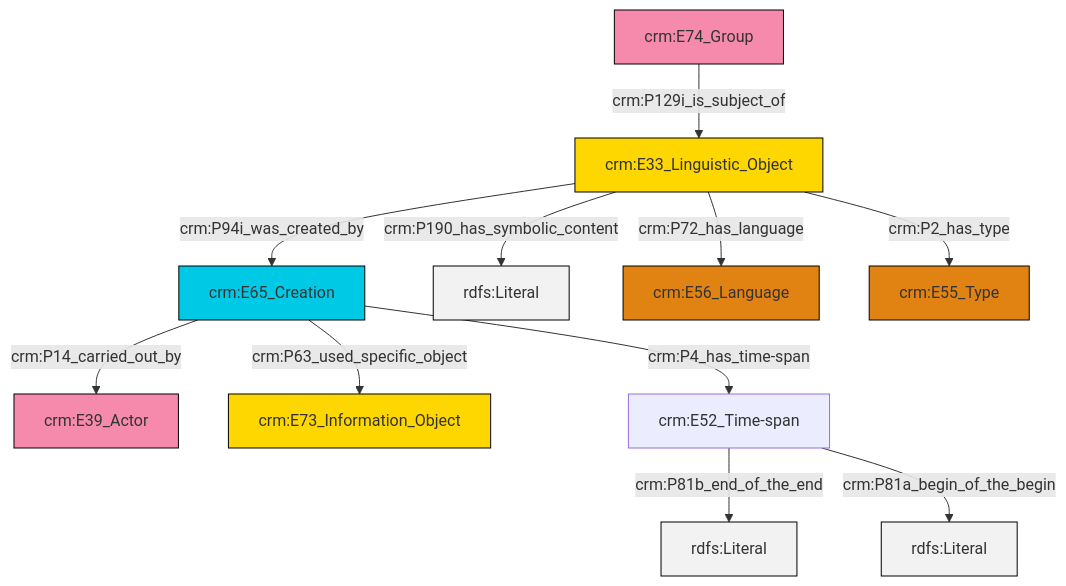
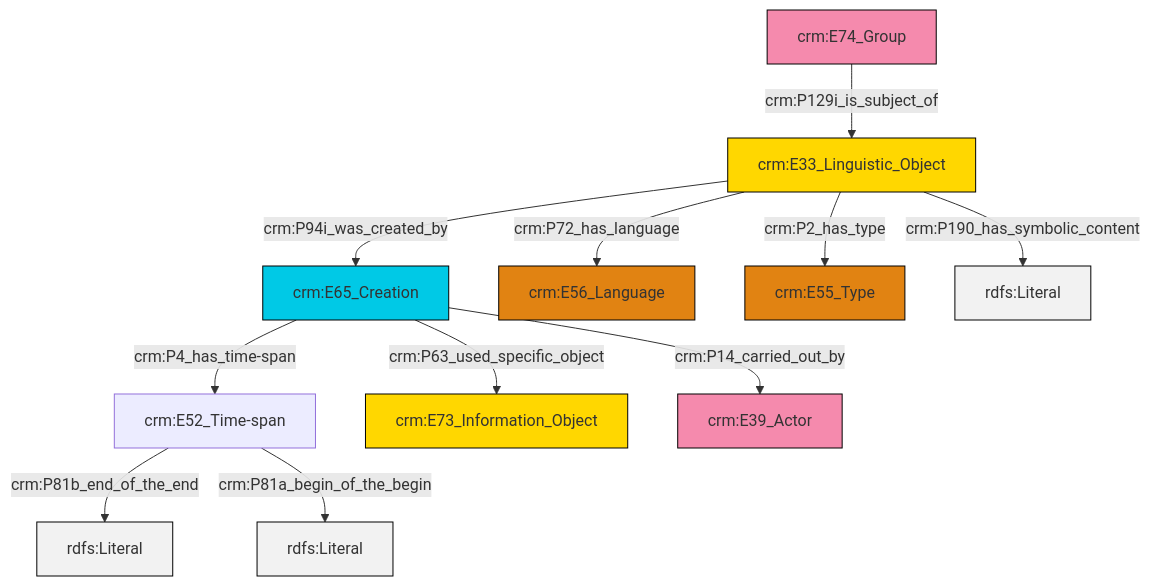
One commit to swiss-art-research-net/docs.swissartresearch changed the diagram in et/groupCSV/ttl/mmd/group_description.ttl.mmd. Above: the diagram before and after it, drawn with Mermaid. The commit also changed 172 other files, not shown here.

```diff
--- a/et/groupCSV/ttl/mmd/group_description.ttl.mmd
+++ b/et/groupCSV/ttl/mmd/group_description.ttl.mmd
@@ -1,25 +1,25 @@
 graph TD
 classDef Literal fill:#f2f2f2,stroke:#000000;
 classDef CRM_Entity fill:#FFFFFF,stroke:#000000;
 classDef Temporal_Entity fill:#00C9E6, stroke:#000000;
 classDef Type fill:#E18312, stroke:#000000;
 classDef Time-Span fill:#2C9C91, stroke:#000000;
 classDef Appellation fill:#FFEB7F, stroke:#000000;
 classDef Place fill:#008836, stroke:#000000;
 classDef Persistent_Item fill:#B266B2, stroke:#000000;
 classDef Conceptual_Object fill:#FFD700, stroke:#000000;
 classDef Physical_Thing fill:#D2B48C, stroke:#000000;
 classDef Actor fill:#f58aad, stroke:#000000;
 classDef PC_Classes fill:#4ce600, stroke:#000000;
 classDef Multi fill:#cccccc,stroke:#000000;
 
-2["crm:E65_Creation"]:::Temporal_Entity -->|crm:P14_carried_out_by| 0["crm:E39_Actor"]:::Actor
-3["crm:E33_Linguistic_Object"]:::Conceptual_Object -->|crm:P190_has_symbolic_content| 4[rdfs:Literal]:::Literal
-7["crm:E52_Time-span"]:::Default -->|crm:P81b_end_of_the_end| 8[rdfs:Literal]:::Literal
-2["crm:E65_Creation"]:::Temporal_Entity -->|crm:P63_used_specific_object| 5["crm:E73_Information_Object"]:::Conceptual_Object
-10["crm:E74_Group"]:::Actor -->|crm:P129i_is_subject_of| 3["crm:E33_Linguistic_Object"]:::Conceptual_Object
-3["crm:E33_Linguistic_Object"]:::Conceptual_Object -->|crm:P2_has_type| 14["crm:E55_Type"]:::Type
-3["crm:E33_Linguistic_Object"]:::Conceptual_Object -->|crm:P94i_was_created_by| 2["crm:E65_Creation"]:::Temporal_Entity
-2["crm:E65_Creation"]:::Temporal_Entity -->|crm:P4_has_time-span| 7["crm:E52_Time-span"]:::Default
-7["crm:E52_Time-span"]:::Default -->|crm:P81a_begin_of_the_begin| 18[rdfs:Literal]:::Literal
-3["crm:E33_Linguistic_Object"]:::Conceptual_Object -->|crm:P72_has_language| 11["crm:E56_Language"]:::Type
+0["crm:E65_Creation"]:::Temporal_Entity -->|crm:P4_has_time-span| 1["crm:E52_Time-span"]:::Default
+2["crm:E33_Linguistic_Object"]:::Conceptual_Object -->|crm:P72_has_language| 3["crm:E56_Language"]:::Type
+0["crm:E65_Creation"]:::Temporal_Entity -->|crm:P63_used_specific_object| 4["crm:E73_Information_Object"]:::Conceptual_Object
+1["crm:E52_Time-span"]:::Default -->|crm:P81b_end_of_the_end| 5[rdfs:Literal]:::Literal
+2["crm:E33_Linguistic_Object"]:::Conceptual_Object -->|crm:P2_has_type| 7["crm:E55_Type"]:::Type
+1["crm:E52_Time-span"]:::Default -->|crm:P81a_begin_of_the_begin| 13[rdfs:Literal]:::Literal
+9["crm:E74_Group"]:::Actor -->|crm:P129i_is_subject_of| 2["crm:E33_Linguistic_Object"]:::Conceptual_Object
+2["crm:E33_Linguistic_Object"]:::Conceptual_Object -->|crm:P190_has_symbolic_content| 16[rdfs:Literal]:::Literal
+0["crm:E65_Creation"]:::Temporal_Entity -->|crm:P14_carried_out_by| 11["crm:E39_Actor"]:::Actor
+2["crm:E33_Linguistic_Object"]:::Conceptual_Object -->|crm:P94i_was_created_by| 0["crm:E65_Creation"]:::Temporal_Entity
```
